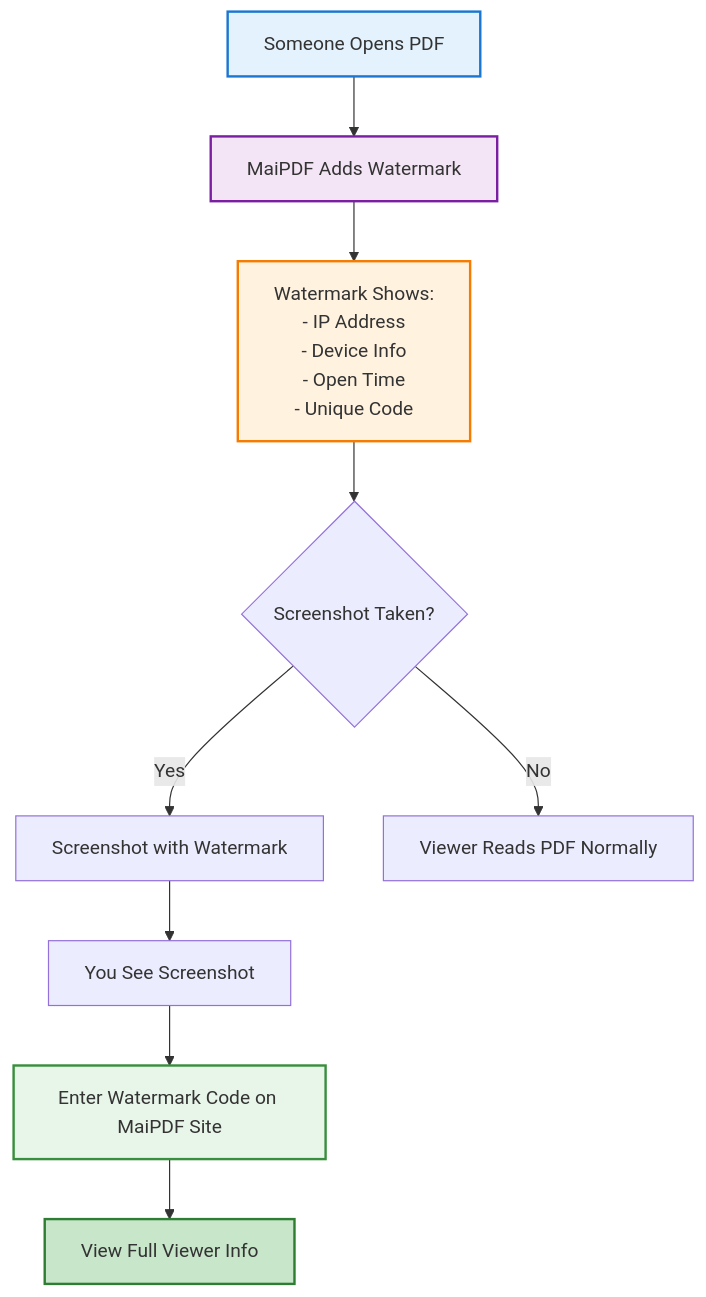
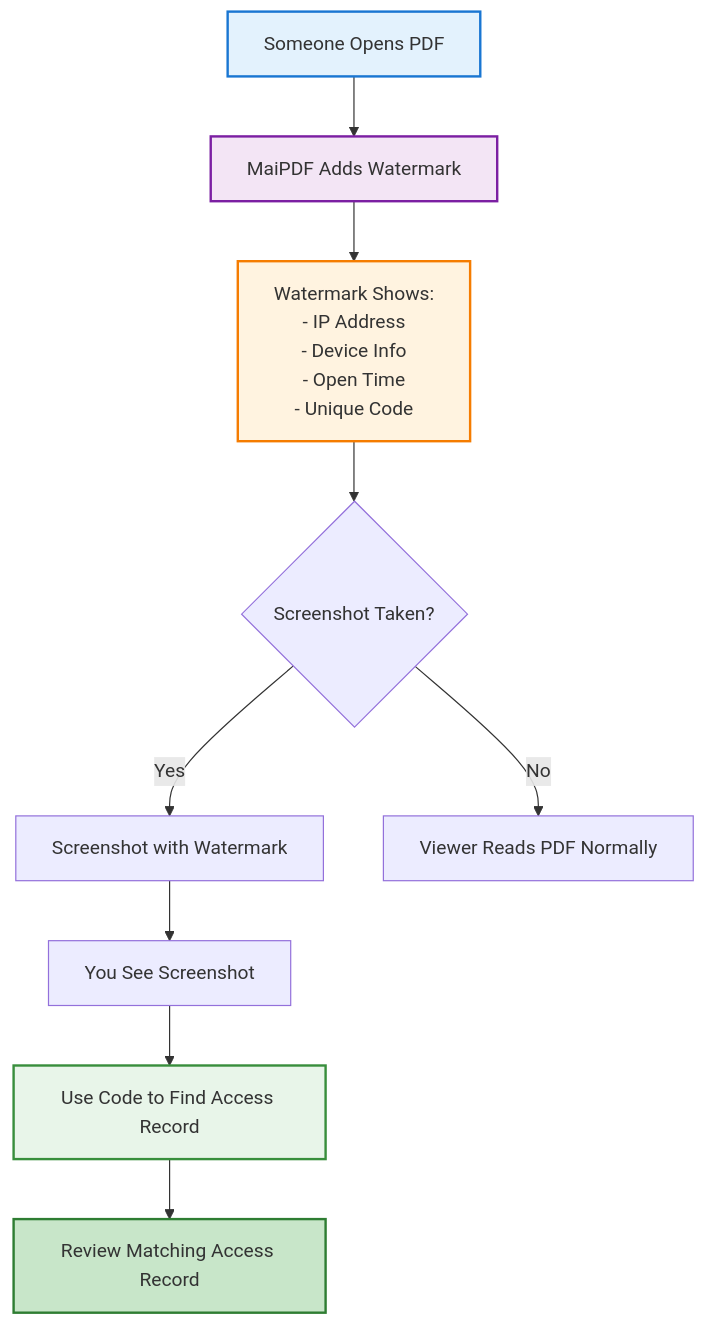
The diagram in src/content/blog/en/dynamic-watermarks-on-pdf.md (mythenigma/cloudflareAstro), drawn with Mermaid before and after one commit. The commit also changed other lines of this file and 1 other file, not shown here.

````diff
--- a/src/content/blog/en/dynamic-watermarks-on-pdf.md
+++ b/src/content/blog/en/dynamic-watermarks-on-pdf.md
@@ -28,17 +28,17 @@
 ```mermaid
 flowchart TD
     A[Someone Opens PDF] --> B[MaiPDF Adds Watermark]
     B --> C[Watermark Shows:<br/>- IP Address<br/>- Device Info<br/>- Open Time<br/>- Unique Code]
     C --> D{Screenshot Taken?}
     D -- Yes --> E[Screenshot with Watermark]
     E --> F[You See Screenshot]
-    F --> G[Enter Watermark Code on MaiPDF Site]
-    G --> H[View Full Viewer Info]
+    F --> G[Use Code to Find Access Record]
+    G --> H[Review Matching Access Record]
     D -- No --> I[Viewer Reads PDF Normally]
     
     style A fill:#e3f2fd,stroke:#1976d2,stroke-width:2px
     style B fill:#f3e5f5,stroke:#7b1fa2,stroke-width:2px
     style C fill:#fff3e0,stroke:#f57c00,stroke-width:2px
     style G fill:#e8f5e9,stroke:#388e3c,stroke-width:2px
     style H fill:#c8e6c9,stroke:#2e7d32,stroke-width:2px
 ```
````
